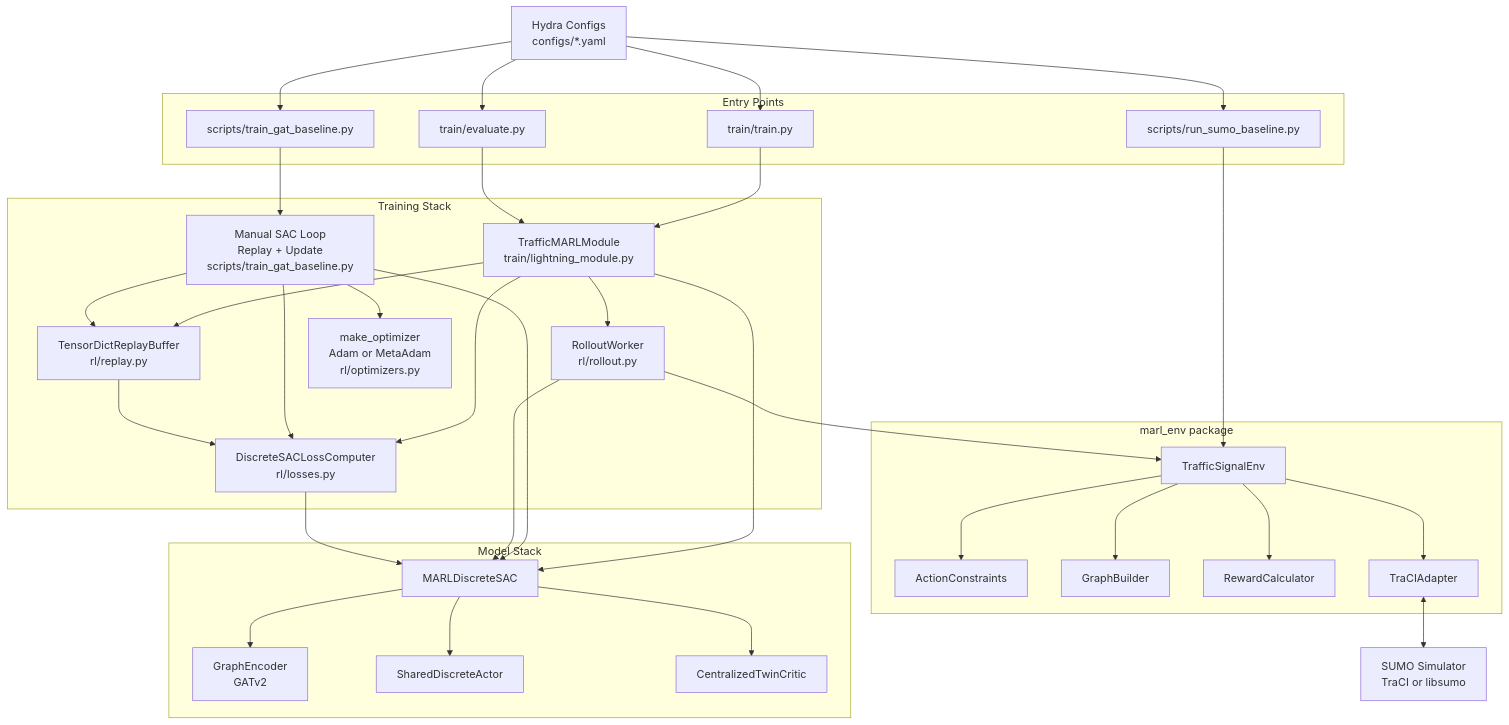
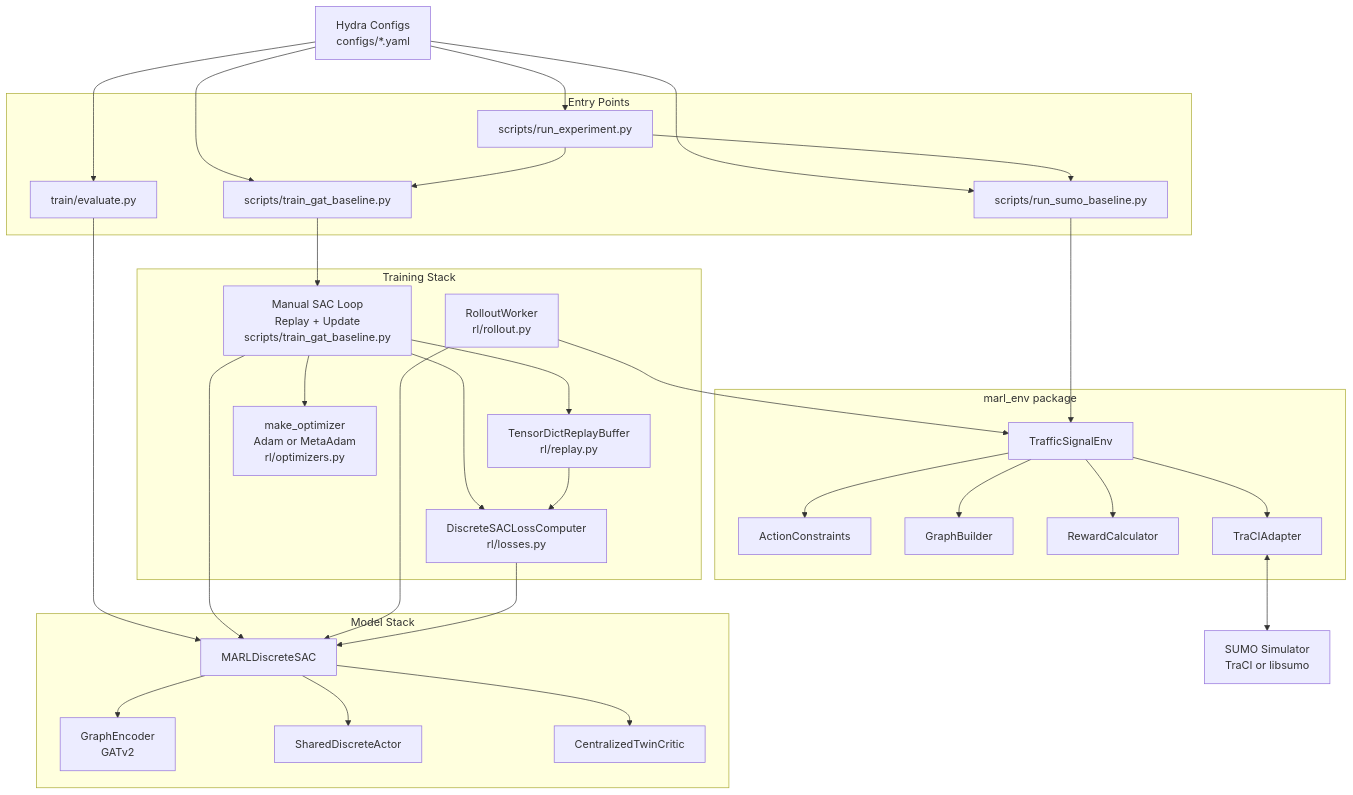
Before and after one commit to fuisl/marl: the first of 14 diagrams in docs/marl_env_diagrams.md, drawn with Mermaid. The commit also changed 29 other files, not shown here.

````diff
--- a/docs/marl_env_diagrams.md
+++ b/docs/marl_env_diagrams.md
@@ -9,72 +9,67 @@
 ```mermaid
 flowchart TB
   Hydra[Hydra Configs\nconfigs/*.yaml]
 
   subgraph EntryPoints[Entry Points]
+    RunExp[scripts/run_experiment.py]
     GATBaseline[scripts/train_gat_baseline.py]
-    LightningTrain[train/train.py]
     Eval[train/evaluate.py]
     SUMOBaseline[scripts/run_sumo_baseline.py]
   end
 
   subgraph TrainStack[Training Stack]
-    Lightning[TrafficMARLModule\ntrain/lightning_module.py]
     ManualLoop[Manual SAC Loop\nReplay + Update\nscripts/train_gat_baseline.py]
     Rollout[RolloutWorker\nrl/rollout.py]
     Replay[TensorDictReplayBuffer\nrl/replay.py]
     Loss[DiscreteSACLossComputer\nrl/losses.py]
     Opt[make_optimizer\nAdam or MetaAdam\nrl/optimizers.py]
   end
 
   subgraph ModelStack[Model Stack]
     Agent[MARLDiscreteSAC]
     Encoder[GraphEncoder\nGATv2]
     Actor[SharedDiscreteActor]
     Critic[CentralizedTwinCritic]
   end
 
   subgraph EnvPkg[marl_env package]
     Env[TrafficSignalEnv]
     AC[ActionConstraints]
     GB[GraphBuilder]
     RC[RewardCalculator]
     TA[TraCIAdapter]
   end
 
   SUMO[SUMO Simulator\nTraCI or libsumo]
 
+  Hydra --> RunExp
   Hydra --> GATBaseline
-  Hydra --> LightningTrain
   Hydra --> Eval
   Hydra --> SUMOBaseline
 
+  RunExp --> GATBaseline
+  RunExp --> SUMOBaseline
   GATBaseline --> ManualLoop
-  LightningTrain --> Lightning
-  Eval --> Lightning
+  Eval --> Agent
   SUMOBaseline --> Env
-
-  Lightning --> Rollout
-  Lightning --> Replay
-  Lightning --> Loss
-  Lightning --> Agent
 
   ManualLoop --> Replay
   ManualLoop --> Loss
   ManualLoop --> Agent
   ManualLoop --> Opt
 
   Rollout --> Env
   Rollout --> Agent
   Replay --> Loss
   Loss --> Agent
 
   Agent --> Encoder
   Agent --> Actor
   Agent --> Critic
 
   Env --> AC
   Env --> GB
   Env --> RC
   Env --> TA
   TA <--> SUMO
 ```
````
